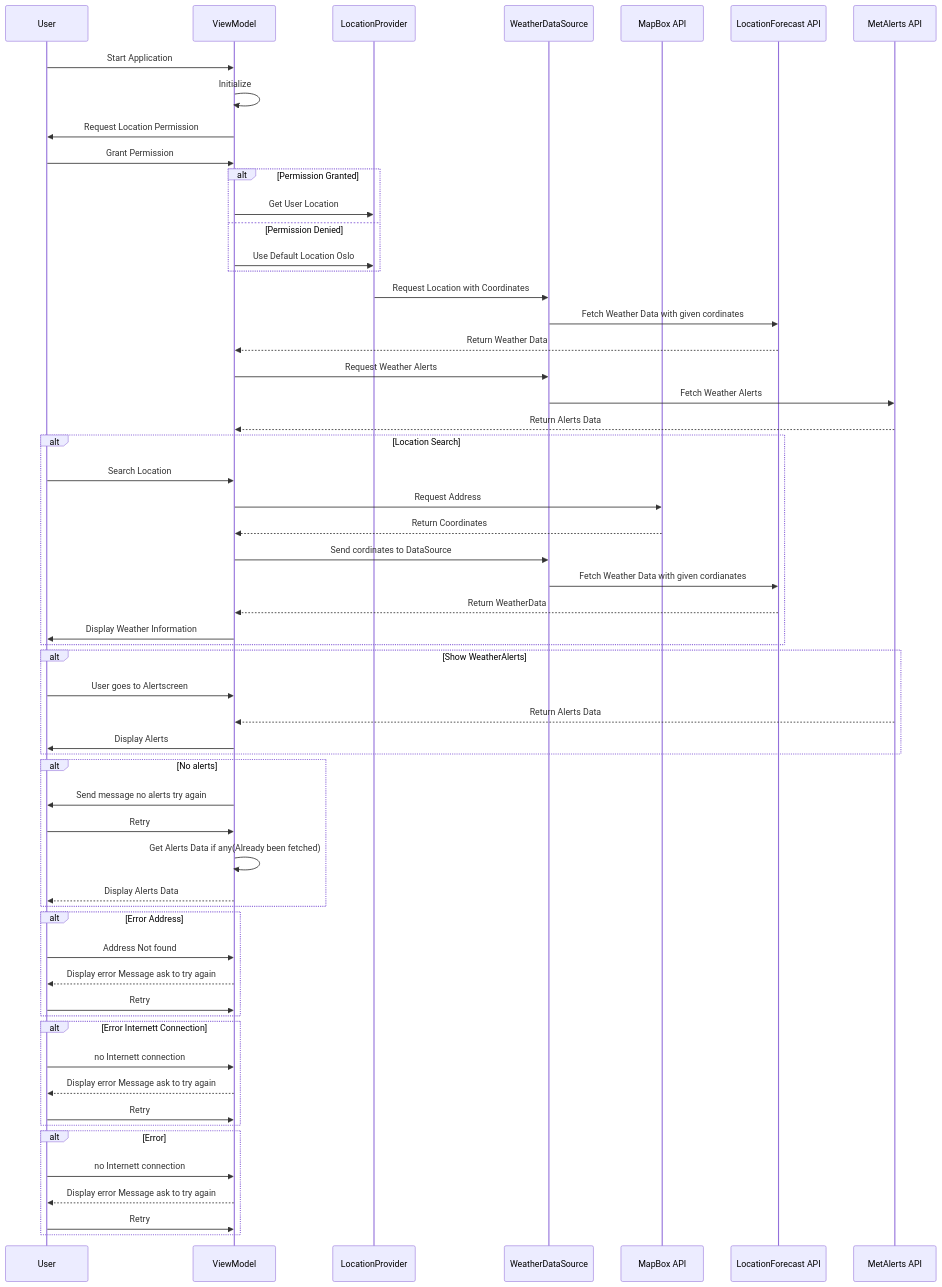
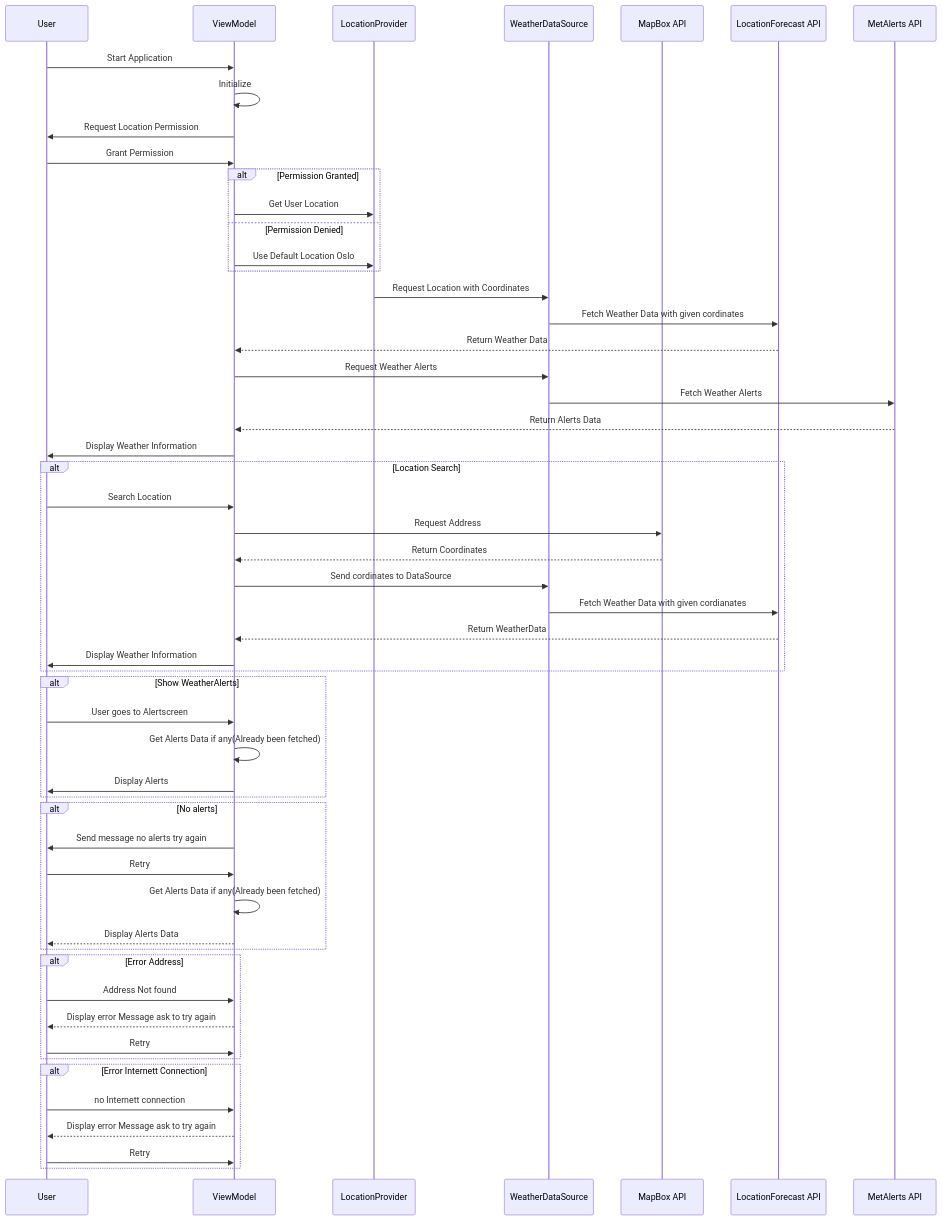
One commit to Vetledrage/WeatherApp changed the second of 3 diagrams in MODELING.md. Above: the diagram before and after it, drawn with Mermaid. The commit also changed other lines of this file, not shown here.

````diff
--- a/MODELING.md
+++ b/MODELING.md
@@ -182,75 +187,72 @@
 ```mermaid
-sequenceDiagram
+
+    sequenceDiagram
     participant U as User
     participant VM as ViewModel
     participant H as LocationProvider
     participant DS as WeatherDataSource
     participant MBox as MapBox API
     participant LFA as LocationForecast API
     participant MA as MetAlerts API
     
     
 
     U->>VM: Start Application
     VM->>VM: Initialize
     
     VM->>U: Request Location Permission
     U->>VM: Grant Permission
     alt Permission Granted
         VM->>H: Get User Location
     
     else Permission Denied
         VM->>H: Use Default Location Oslo
     end
         H->>DS: Request Location with Coordinates
         DS->>LFA: Fetch Weather Data with given cordinates
         LFA-->>VM: Return Weather Data
         VM ->> DS: Request Weather Alerts
         DS->>MA: Fetch Weather Alerts
         MA-->>VM: Return Alerts Data
+        VM->>U: Display Weather Information
         
     alt Location Search
         U->>VM: Search Location
         VM->> MBox: Request Address
         MBox-->>VM: Return Coordinates
         VM ->> DS: Send cordinates to DataSource
         DS ->> LFA: Fetch Weather Data with given cordianates
 
         LFA-->>VM: Return WeatherData
         VM->>U: Display Weather Information
     end
 
     alt Show WeatherAlerts
     U ->> VM: User goes to Alertscreen
    
-    MA-->>VM: Return Alerts Data
+    VM->>VM:  Get Alerts Data if any(Already been fetched)
     VM->>U: Display Alerts
     end
 
     alt No alerts
         VM->>U: Send message no alerts try again
         U->>VM: Retry
         VM->>VM:  Get Alerts Data if any(Already been fetched)
         VM-->>U: Display Alerts Data
     end
 
     alt Error Address
         U->>VM: Address Not found
         VM-->>U: Display error Message ask to try again
         U->>VM: Retry
 
     end
     alt Error Internett Connection
         U->>VM: no Internett connection
         VM-->>U: Display error Message ask to try again
         U->>VM: Retry
 
     end
-    alt Error 
-        U->>VM: no Internett connection
-        VM-->>U: Display error Message ask to try again
-        U->>VM: Retry
-
-    end
+    
 
 ```
````
